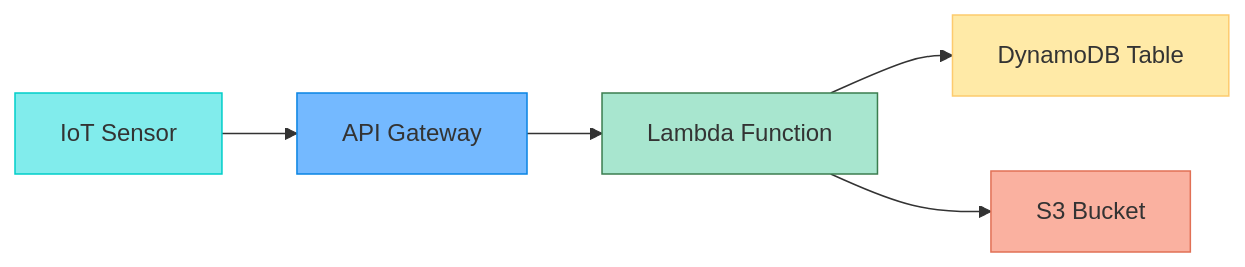
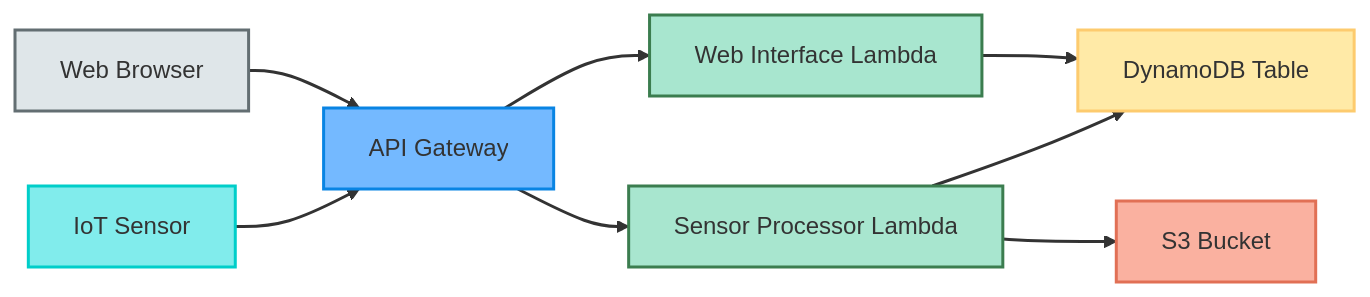
Before and after one commit to kevinomaha/water-sensor-tracker: the diagram in docs/presentation.md, drawn with Mermaid. The commit also changed other lines of this file and 8 other files, not shown here.

````diff
--- a/docs/presentation.md
+++ b/docs/presentation.md
@@ -44,13 +44,23 @@
 ```mermaid
 graph LR
     Sensor[IoT Sensor] --> API[API Gateway]
-    API --> Lambda[Lambda Function]
+    API --> Lambda[Sensor Processor Lambda]
     Lambda --> DynamoDB[DynamoDB Table]
     Lambda --> S3[S3 Bucket]
+
+    Browser[Web Browser] --> API
+    API --> WebLambda[Web Interface Lambda]
+    WebLambda --> DynamoDB
 
     style Sensor fill:#81ecec,stroke:#00cec9
     style API fill:#74b9ff,stroke:#0984e3
     style Lambda fill:#a8e6cf,stroke:#3b7d4f
+    style WebLambda fill:#a8e6cf,stroke:#3b7d4f
     style DynamoDB fill:#ffeaa7,stroke:#fdcb6e
     style S3 fill:#fab1a0,stroke:#e17055
+    style Browser fill:#dfe6e9,stroke:#636e72
+
+    %% Configuration
+    classDef default fill:#fff,stroke:#333,stroke-width:2px;
+    linkStyle default stroke:#333,stroke-width:2px;
 ```
````
